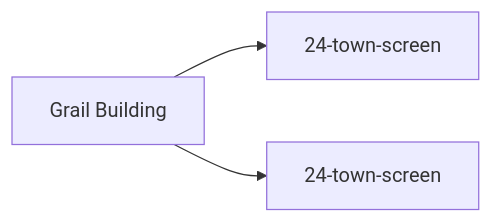
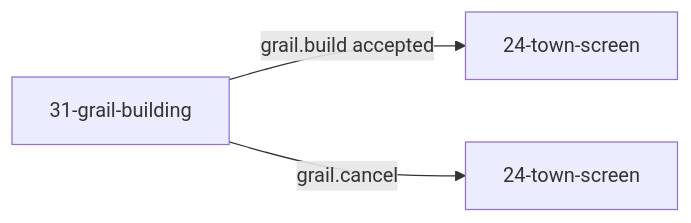
The fifth of 5 diagrams in docs/architecture/wiki/screens/31-grail-building/architecture.md (SunaNoOshiro/Heroes_Reforged_AI_Realms), drawn with Mermaid before and after one commit. The commit also changed other lines of this file and 518 other files, not shown here.

First line of the commit message:
Add doc-audit skill and sweep architecture/screen docs

````diff
--- a/docs/architecture/wiki/screens/31-grail-building/architecture.md
+++ b/docs/architecture/wiki/screens/31-grail-building/architecture.md
@@ -68,6 +70,6 @@
 ```mermaid
 flowchart LR
-  Current["Grail Building"]
-  Current --> T0["24-town-screen"]
-  Current --> T1["24-town-screen"]
+  Current["31-grail-building"]
+  Current -->|"grail.build accepted"| T0["24-town-screen"]
+  Current -->|"grail.cancel"| T1["24-town-screen"]
 ```
````
